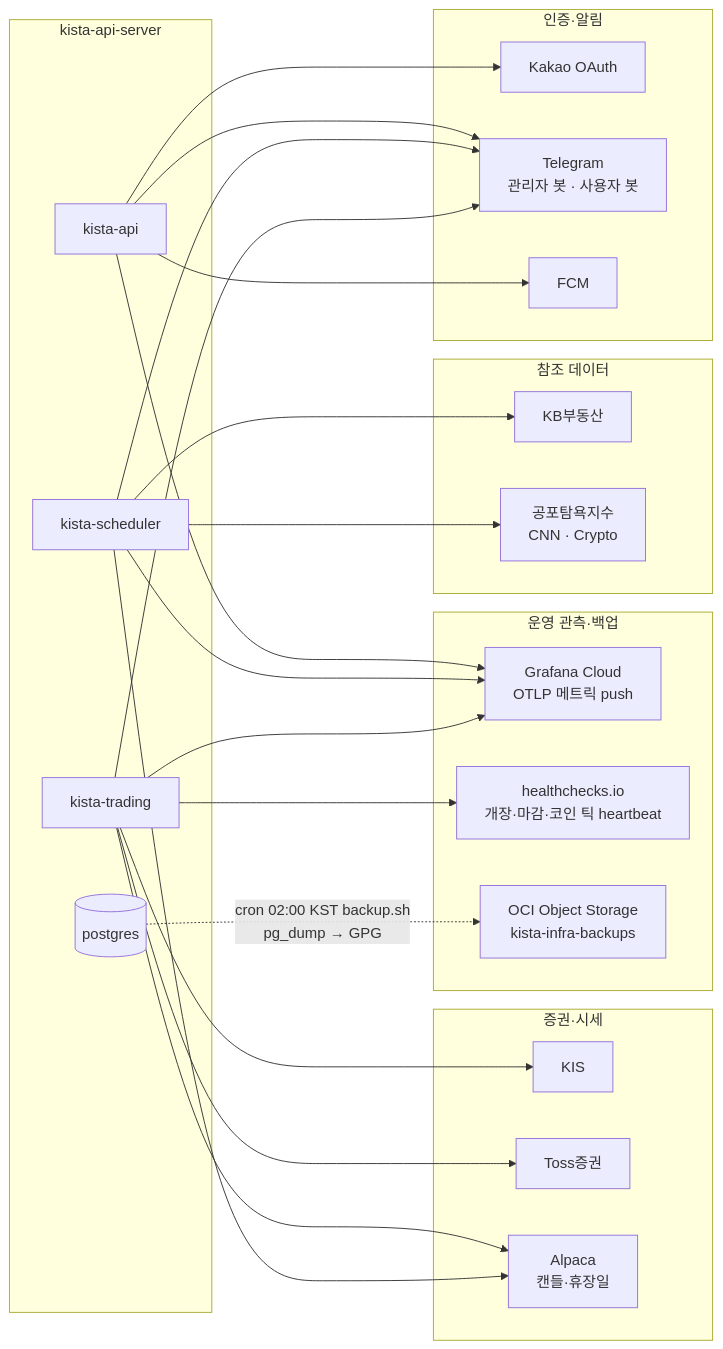
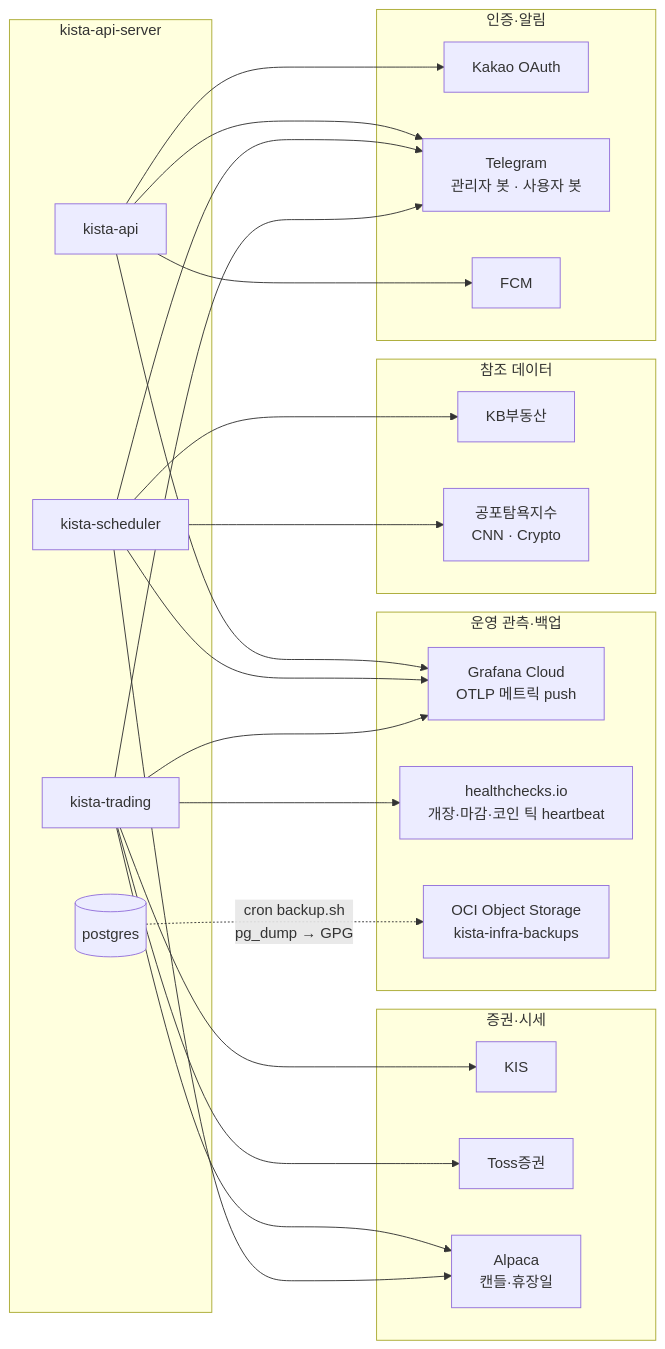
The second of 6 diagrams in docs/architecture-map.md (narafu/kista-api), drawn with Mermaid before and after one commit. The commit also changed other lines of this file and 3 other files, not shown here.

````diff
--- a/docs/architecture-map.md
+++ b/docs/architecture-map.md
@@ -81,37 +81,37 @@
 ```mermaid
 flowchart LR
     subgraph APP["kista-api-server"]
         API["kista-api"]
         SCH["kista-scheduler"]
         TRD["kista-trading"]
         PG[("postgres")]
     end
 
     subgraph BROKER["증권·시세"]
         KIS["KIS"]
         TOSS["Toss증권"]
         ALPACA["Alpaca<br/>캔들·휴장일"]
     end
     subgraph DATA["참조 데이터"]
         KB["KB부동산"]
         FG["공포탐욕지수<br/>CNN · Crypto"]
     end
     subgraph USERIO["인증·알림"]
         KAKAO["Kakao OAuth"]
         TG["Telegram<br/>관리자 봇 · 사용자 봇"]
         FCM["FCM"]
     end
     subgraph OPS["운영 관측·백업"]
         GRAF["Grafana Cloud<br/>OTLP 메트릭 push"]
         HC["healthchecks.io<br/>개장·마감·코인 틱 heartbeat"]
         OBJ["OCI Object Storage<br/>kista-infra-backups"]
     end
 
     TRD --> KIS & TOSS & ALPACA
     SCH --> KB & FG & ALPACA
     API --> KAKAO & FCM
     API & SCH & TRD --> TG
     API & SCH & TRD --> GRAF
     TRD --> HC
-    PG -.->|"cron 02:00 KST backup.sh<br/>pg_dump → GPG"| OBJ
+    PG -.->|"cron backup.sh<br/>pg_dump → GPG"| OBJ
 ```
````
